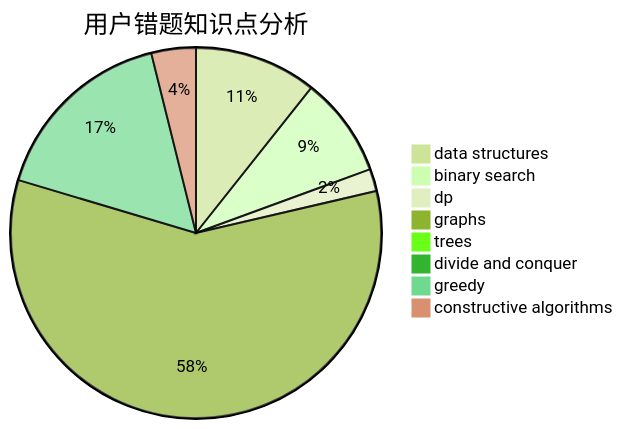
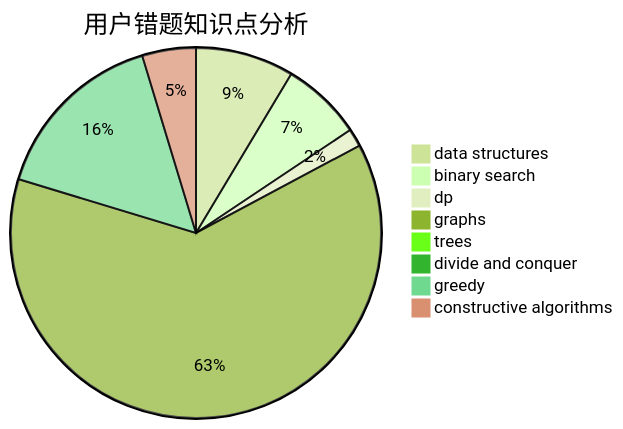
Before and after one commit to sherpahu/cfrs.github.io: the third of 3 diagrams in docs/user/u1440.md, drawn with Mermaid (forest theme). The commit also changed other lines of this file and 2770 other files, not shown here.

````diff
--- a/docs/user/u1440.md
+++ b/docs/user/u1440.md
@@ -36,11 +36,11 @@
 ```mermaid
 pie title 用户错题知识点分析
     "data structures" :  11
     "binary search" :  9
     "dp" :  2
-    "graphs" :  60
+    "graphs" :  80
     "trees" :  0
     "divide and conquer" :  0
-    "greedy" :  17
-    "constructive algorithms" :  4
+    "greedy" :  20
+    "constructive algorithms" :  6
 ```
````
